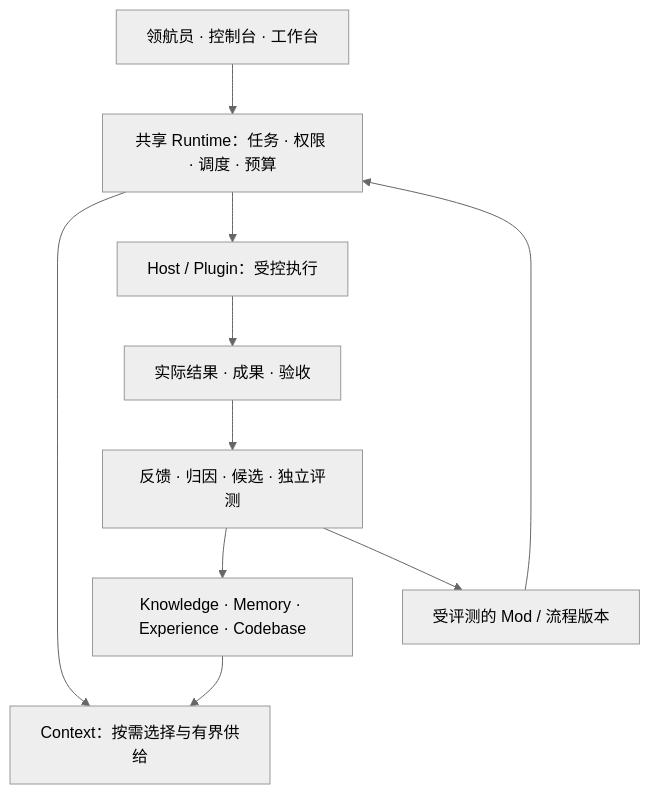
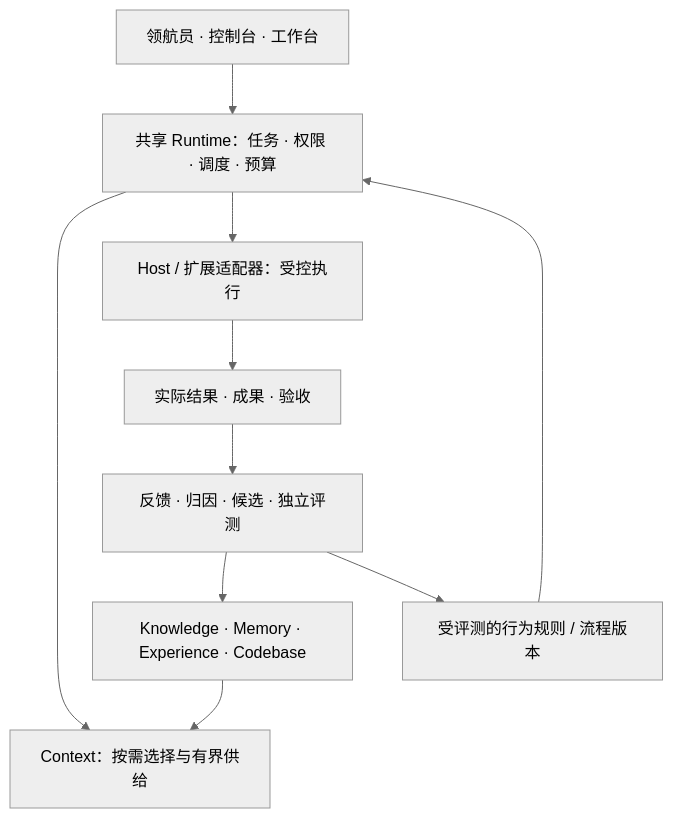
Before and after one commit to wdx9413/craft: the diagram in NEEDREAD.md, drawn with Mermaid (neutral theme). The commit also changed other lines of this file, not shown here.

````diff
--- a/NEEDREAD.md
+++ b/NEEDREAD.md
@@ -39,12 +45,12 @@
 ```mermaid
 flowchart TD
     UI[领航员 · 控制台 · 工作台] --> R[共享 Runtime：任务 · 权限 · 调度 · 预算]
     R --> C[Context：按需选择与有界供给]
     K[Knowledge · Memory · Experience · Codebase] --> C
-    R --> H[Host / Plugin：受控执行]
+    R --> H[Host / 扩展适配器：受控执行]
     H --> A[实际结果 · 成果 · 验收]
     A --> E[反馈 · 归因 · 候选 · 独立评测]
     E --> K
-    E --> M[受评测的 Mod / 流程版本]
+    E --> M[受评测的行为规则 / 流程版本]
     M --> R
 ```
````
